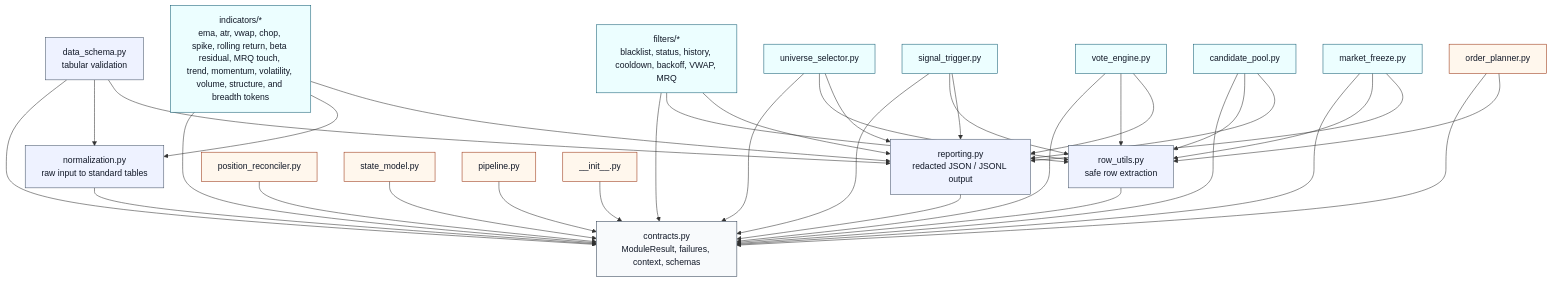
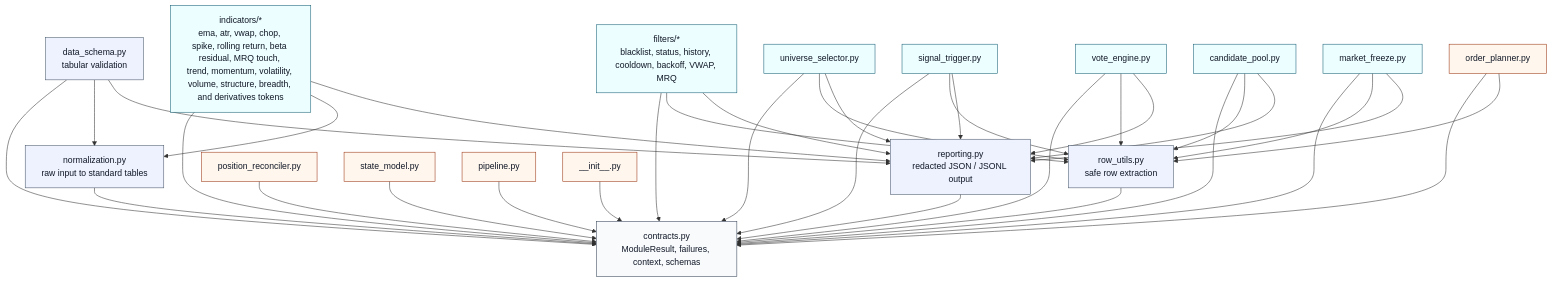
Before and after one commit to waswrsis/quant-strategy-tokenizer: the second of 2 diagrams in README.md, drawn with Mermaid. The commit also changed other lines of this file and 55 other files, not shown here.

Commit message:
Add derivatives indicator tokens

````diff
--- a/README.md
+++ b/README.md
@@ -153,77 +154,77 @@
 ```mermaid
 flowchart TD
     Contracts["contracts.py<br/>ModuleResult, failures, context, schemas"]
 
     Normalization["normalization.py<br/>raw input to standard tables"]
     RowUtils["row_utils.py<br/>safe row extraction"]
     Reporting["reporting.py<br/>redacted JSON / JSONL output"]
     DataSchema["data_schema.py<br/>tabular validation"]
 
-    Indicators["indicators/*<br/>ema, atr, vwap, chop, spike, rolling return, beta residual, MRQ touch, trend, momentum, volatility, volume, structure, and breadth tokens"]
+    Indicators["indicators/*<br/>ema, atr, vwap, chop, spike, rolling return, beta residual, MRQ touch, trend, momentum, volatility, volume, structure, breadth, and derivatives tokens"]
     Filters["filters/*<br/>blacklist, status, history, cooldown, backoff, VWAP, MRQ"]
 
     Universe["universe_selector.py"]
     Signals["signal_trigger.py"]
     Votes["vote_engine.py"]
     Candidates["candidate_pool.py"]
     Freeze["market_freeze.py"]
 
     Orders["order_planner.py"]
     Positions["position_reconciler.py"]
     State["state_model.py"]
     Pipeline["pipeline.py"]
     PublicAPI["__init__.py"]
 
     PublicAPI --> Contracts
 
     Normalization --> Contracts
     RowUtils --> Contracts
     Reporting --> Contracts
     DataSchema --> Contracts
     DataSchema --> Normalization
     DataSchema --> Reporting
 
     Indicators --> Contracts
     Indicators --> Normalization
     Indicators --> Reporting
 
     Filters --> Contracts
     Filters --> RowUtils
     Filters --> Reporting
 
     Universe --> Contracts
     Universe --> RowUtils
     Universe --> Reporting
 
     Signals --> Contracts
     Signals --> RowUtils
     Signals --> Reporting
 
     Votes --> Contracts
     Votes --> RowUtils
     Votes --> Reporting
 
     Candidates --> Contracts
     Candidates --> RowUtils
     Candidates --> Reporting
 
     Freeze --> Contracts
     Freeze --> RowUtils
     Freeze --> Reporting
 
     Orders --> Contracts
     Orders --> RowUtils
     Positions --> Contracts
     State --> Contracts
     Pipeline --> Contracts
 
     classDef core fill:#f8fafc,stroke:#334155,color:#111827;
     classDef helper fill:#eef2ff,stroke:#475569,color:#111827;
     classDef module fill:#ecfeff,stroke:#155e75,color:#111827;
     classDef plan fill:#fff7ed,stroke:#9a3412,color:#111827;
 
     class Contracts core;
     class Normalization,RowUtils,Reporting,DataSchema helper;
     class Indicators,Filters,Universe,Signals,Votes,Candidates,Freeze module;
     class Orders,Positions,State,Pipeline,PublicAPI plan;
 ```
````
